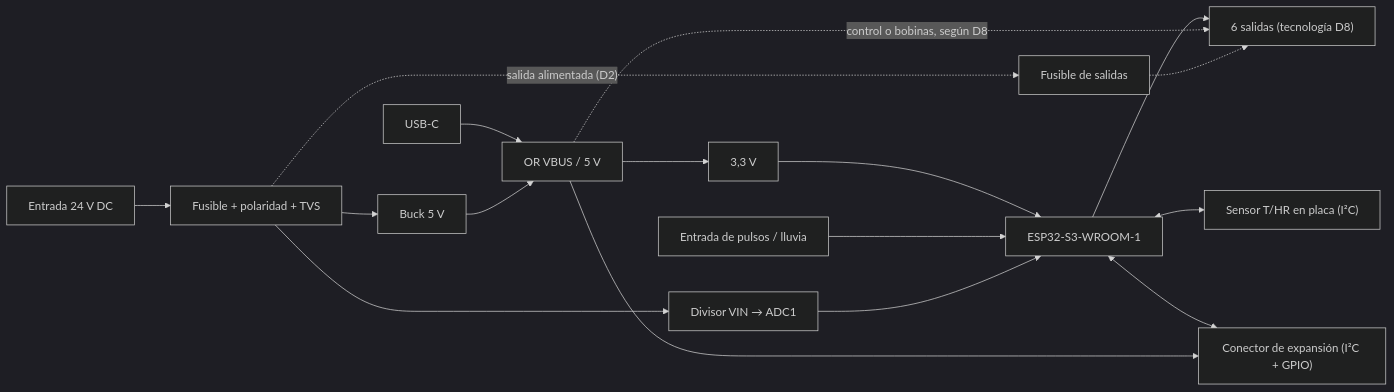
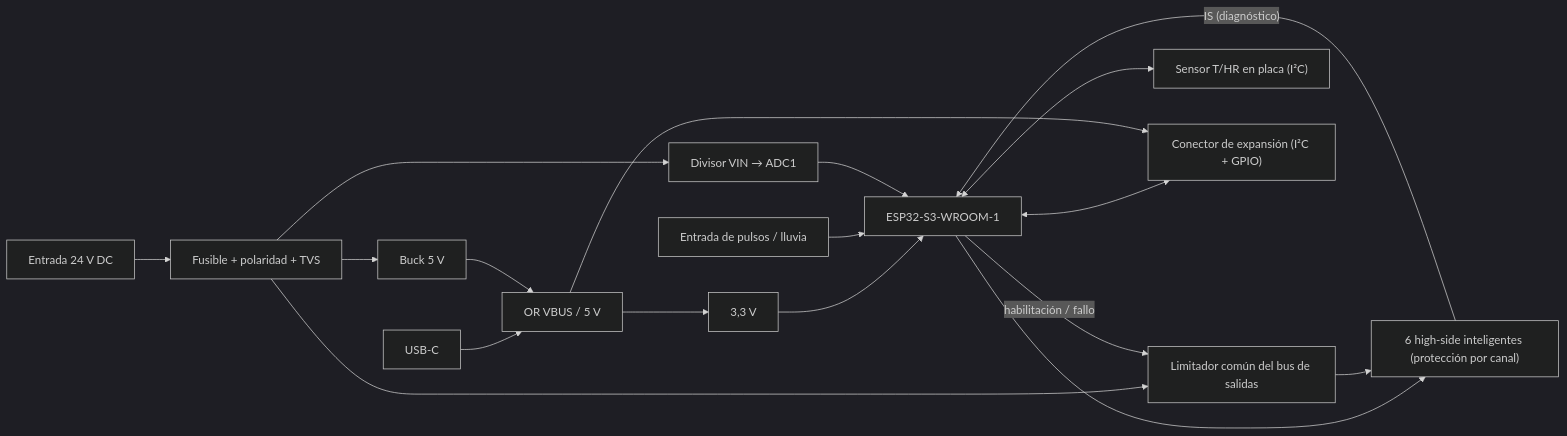
Before and after one commit to JoanSanbartolome/ESP-Riego: the diagram in docs/02-especificaciones-v2.md, drawn with Mermaid (dark theme). The commit also changed other lines of this file and 5 other files, not shown here.

First line of the commit message:
docs(req): requisitos v0.3 — salidas high-side y limitador común

````diff
--- a/docs/02-especificaciones-v2.md
+++ b/docs/02-especificaciones-v2.md
@@ -40,19 +40,20 @@
 ```mermaid
 flowchart LR
     VIN["Entrada 24 V DC"] --> PROT["Fusible + polaridad + TVS"]
     PROT --> BUCK["Buck 5 V"]
     USB["USB-C"] --> OR["OR VBUS / 5 V"]
     BUCK --> OR
     OR --> LDO["3,3 V"]
     LDO --> MCU["ESP32-S3-WROOM-1"]
-    MCU --> OUT["6 salidas (tecnología D8)"]
-    OR -. "control o bobinas, según D8" .-> OUT
-    PROT -. "salida alimentada (D2)" .-> FOUT["Fusible de salidas"]
-    FOUT -.-> OUT
+    MCU --> OUT["6 high-side inteligentes (protección por canal)"]
+    PROT --> LIM["Limitador común del bus de salidas"]
+    MCU -- "habilitación / fallo" --> LIM
+    LIM --> OUT
+    OUT -- "IS (diagnóstico)" --> MCU
     MCU <--> TH["Sensor T/HR en placa (I²C)"]
     MCU <--> EXP["Conector de expansión (I²C + GPIO)"]
     OR --> EXP
     PULSOS["Entrada de pulsos / lluvia"] --> MCU
     PROT --> VMON["Divisor VIN → ADC1"]
     VMON --> MCU
 ```
````
